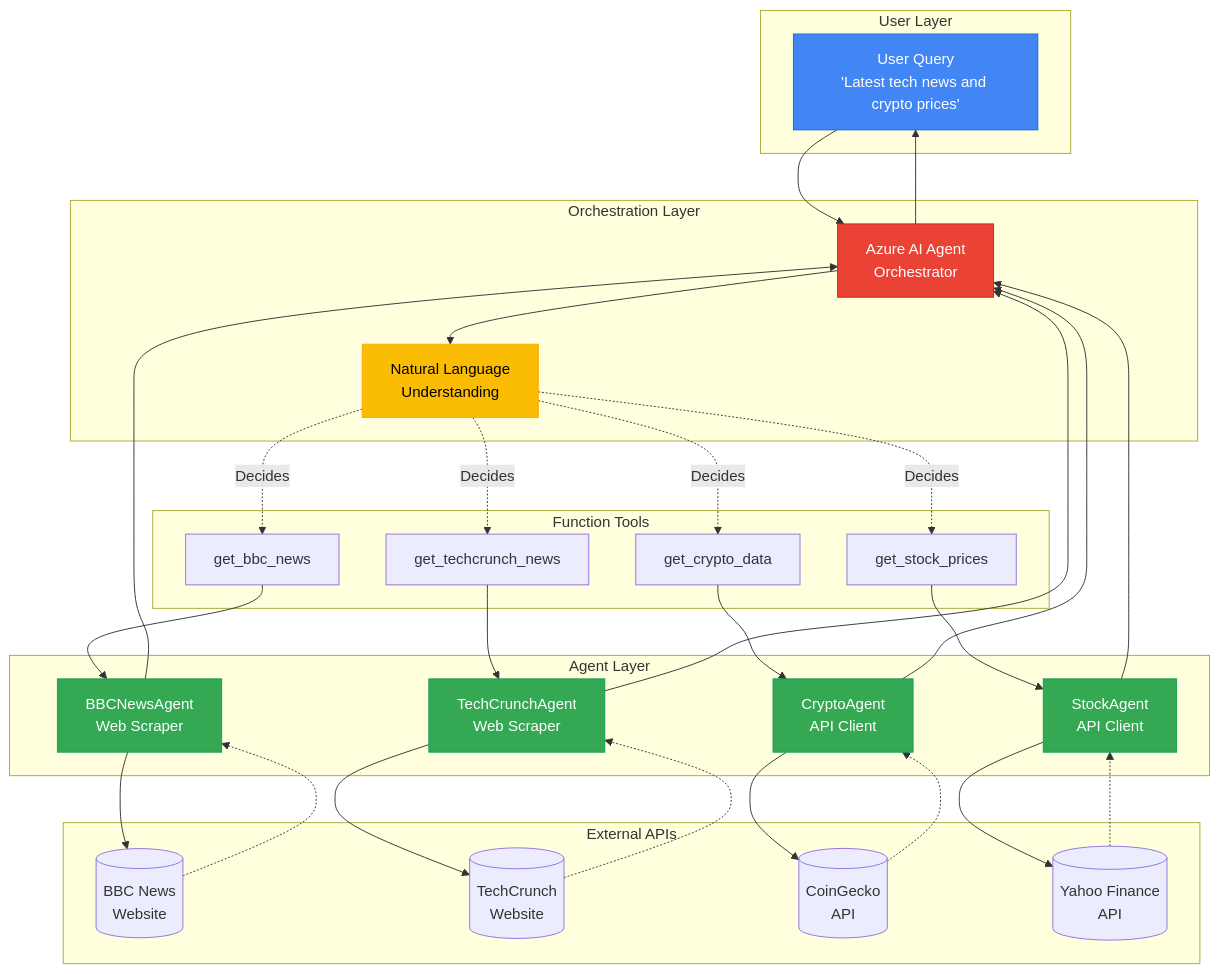
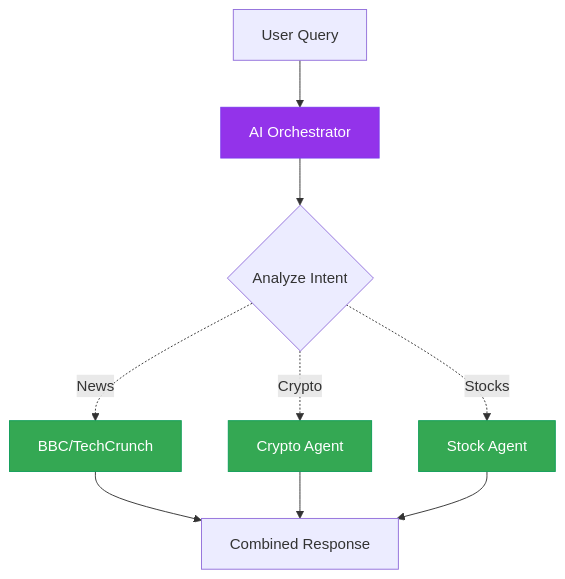
Before and after one commit to khanasif1/demo-microsoft-agent-framework: the third of 4 diagrams in _src/README.md, drawn with Mermaid. The commit also changed other lines of this file, not shown here.

````diff
--- a/_src/README.md
+++ b/_src/README.md
@@ -174,68 +60,16 @@
 ```mermaid
 graph TB
-    subgraph "User Layer"
-        USER[User Query<br/>'Latest tech news and crypto prices']
-    end
+    A[User Query] --> B[AI Orchestrator]
+    B --> C{Analyze Intent}
+    C -.->|News| D[BBC/TechCrunch]
+    C -.->|Crypto| E[Crypto Agent]
+    C -.->|Stocks| F[Stock Agent]
+    D --> G[Combined Response]
+    E --> G
+    F --> G
     
-    subgraph "Orchestration Layer"
-        ORCH[Azure AI Agent<br/>Orchestrator]
-        NLU[Natural Language<br/>Understanding]
-    end
-    
-    subgraph "Function Tools"
-        BBCFN[get_bbc_news]
-        TECHFN[get_techcrunch_news]
-        CRYPTOFN[get_crypto_data]
-        STOCKFN[get_stock_prices]
-    end
-    
-    subgraph "Agent Layer"
-        BBCAGENT[BBCNewsAgent<br/>Web Scraper]
-        TECHAGENT[TechCrunchAgent<br/>Web Scraper]
-        CRYPTOAGENT[CryptoAgent<br/>API Client]
-        STOCKAGENT[StockAgent<br/>API Client]
-    end
-    
-    subgraph "External APIs"
-        BBCAPI[(BBC News<br/>Website)]
-        TECHAPI[(TechCrunch<br/>Website)]
-        COINAPI[(CoinGecko<br/>API)]
-        YAHOOAPI[(Yahoo Finance<br/>API)]
-    end
-    
-    USER --> ORCH
-    ORCH --> NLU
-    NLU -.->|Decides| BBCFN
-    NLU -.->|Decides| TECHFN
-    NLU -.->|Decides| CRYPTOFN
-    NLU -.->|Decides| STOCKFN
-    
-    BBCFN --> BBCAGENT
-    TECHFN --> TECHAGENT
-    CRYPTOFN --> CRYPTOAGENT
-    STOCKFN --> STOCKAGENT
-    
-    BBCAGENT --> BBCAPI
-    TECHAGENT --> TECHAPI
-    CRYPTOAGENT --> COINAPI
-    STOCKAGENT --> YAHOOAPI
-    
-    BBCAPI -.-> BBCAGENT
-    TECHAPI -.-> TECHAGENT
-    COINAPI -.-> CRYPTOAGENT
-    YAHOOAPI -.-> STOCKAGENT
-    
-    BBCAGENT --> ORCH
-    TECHAGENT --> ORCH
-    CRYPTOAGENT --> ORCH
-    STOCKAGENT --> ORCH
-    ORCH --> USER
-    
-    style USER fill:#4285f4,stroke:#1967d2,color:#fff
-    style ORCH fill:#ea4335,stroke:#c5221f,color:#fff
-    style NLU fill:#fbbc04,stroke:#f9ab00,color:#000
-    style BBCAGENT fill:#34a853,stroke:#0f9d58,color:#fff
-    style TECHAGENT fill:#34a853,stroke:#0f9d58,color:#fff
-    style CRYPTOAGENT fill:#34a853,stroke:#0f9d58,color:#fff
-    style STOCKAGENT fill:#34a853,stroke:#0f9d58,color:#fff
+    style B fill:#9333EA,stroke:#7C3AED,color:#fff
+    style D fill:#34a853,stroke:#0f9d58,color:#fff
+    style E fill:#34a853,stroke:#0f9d58,color:#fff
+    style F fill:#34a853,stroke:#0f9d58,color:#fff
 ```
````
